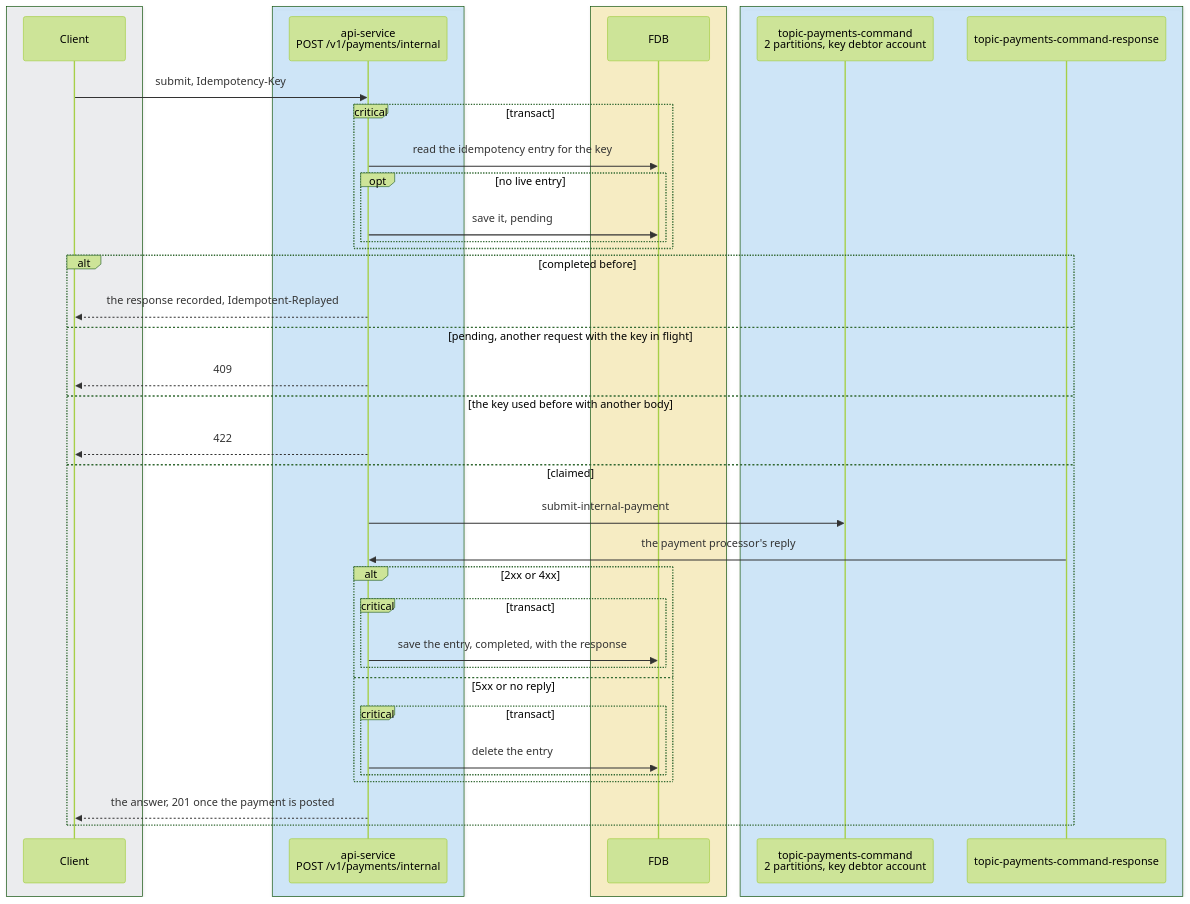
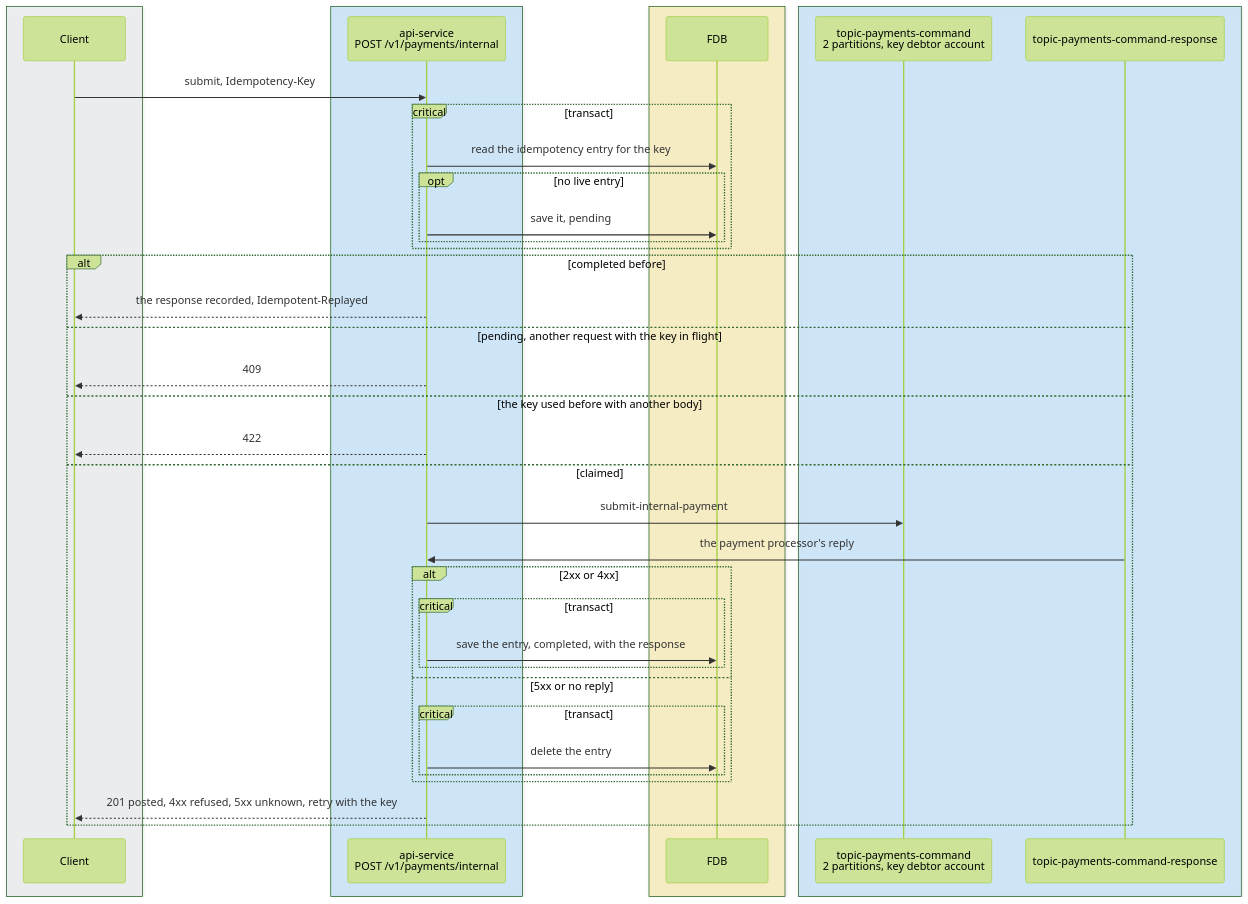
One commit to repldriven/queenswood changed the first of 7 diagrams in docs/tdd/payments-internal.md. Above: the diagram before and after it, drawn with Mermaid (forest theme).

Commit message:
Say each answer the API gives an internal payment

````diff
--- a/docs/tdd/payments-internal.md
+++ b/docs/tdd/payments-internal.md
@@ -78,43 +78,43 @@
 ```mermaid
 sequenceDiagram
     box rgba(233, 236, 239, 0.5)
     participant C as Client
     end
     box rgba(165, 216, 255, 0.45)
     participant API as api-service<br/>POST /v1/payments/internal
     end
     box rgba(255, 236, 153, 0.5)
     participant DB as FDB
     end
     box rgba(165, 216, 255, 0.45)
     participant PC as topic-payments-command<br/>2 partitions, key debtor account
     participant PR as topic-payments-command-response
     end
     C->>API: submit, Idempotency-Key
     critical transact
     API->>DB: read the idempotency entry for the key
     opt no live entry
     API->>DB: save it, pending
     end
     end
     alt completed before
     API-->>C: the response recorded, Idempotent-Replayed
     else pending, another request with the key in flight
     API-->>C: 409
     else the key used before with another body
     API-->>C: 422
     else claimed
     API->>PC: submit-internal-payment
     PR->>API: the payment processor's reply
     alt 2xx or 4xx
     critical transact
     API->>DB: save the entry, completed, with the response
     end
     else 5xx or no reply
     critical transact
     API->>DB: delete the entry
     end
     end
-    API-->>C: the answer, 201 once the payment is posted
+    API-->>C: 201 posted, 4xx refused, 5xx unknown, retry with the key
     end
 ```
````
